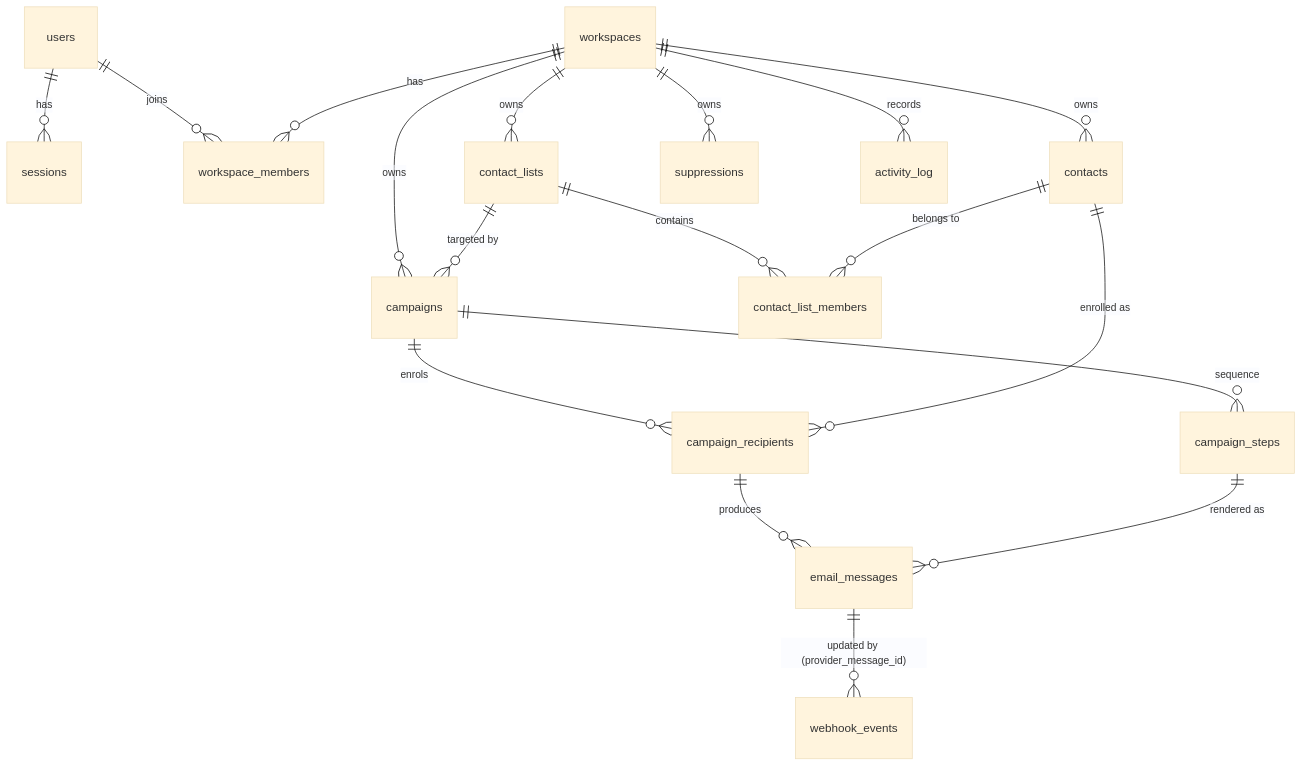
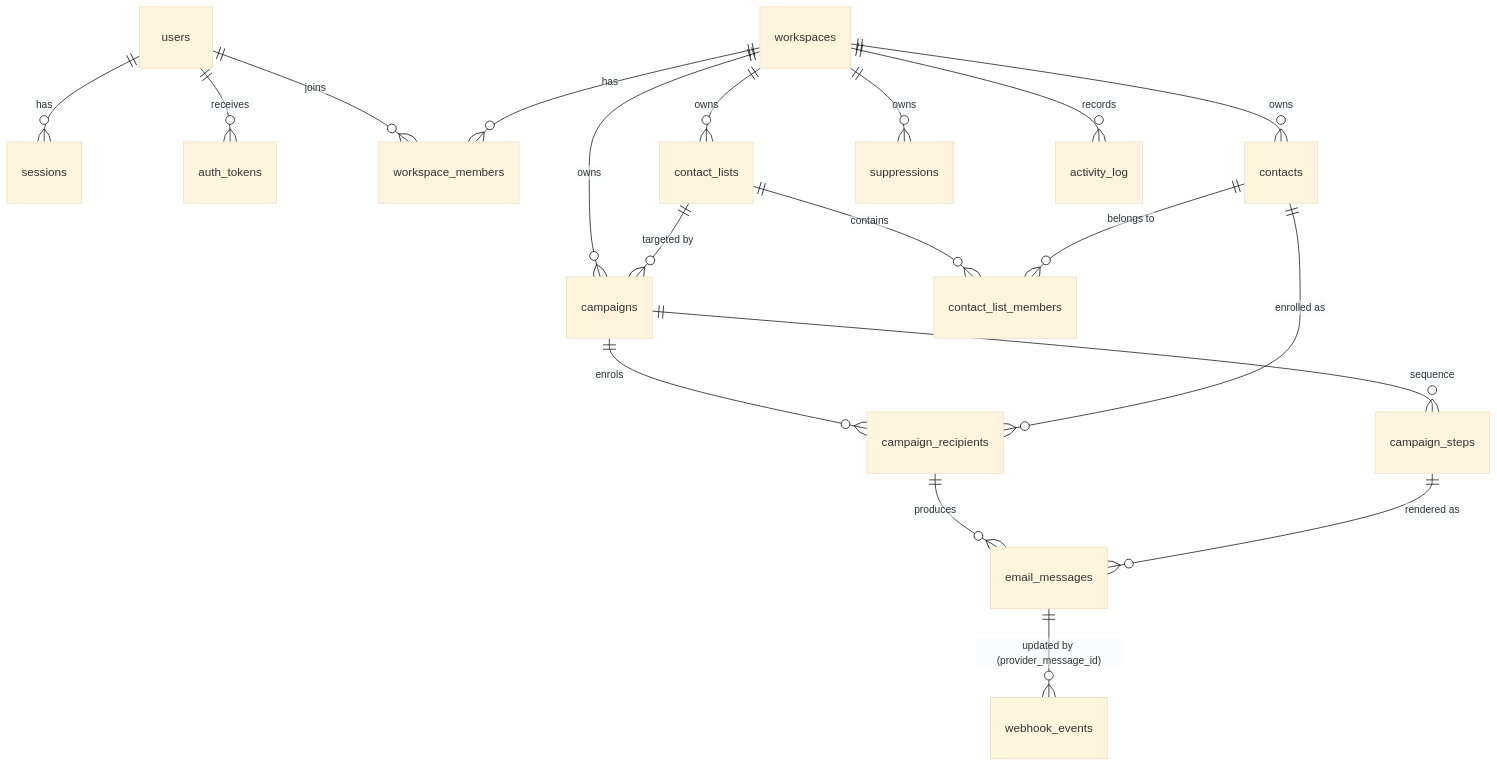
The diagram in docs/DATABASE_DESIGN.md (Ayush-o1/Cadentra), drawn with Mermaid (base theme) before and after one commit. The commit also changed other lines of this file and 17 other files, not shown here.

````diff
--- a/docs/DATABASE_DESIGN.md
+++ b/docs/DATABASE_DESIGN.md
@@ -35,20 +36,21 @@
 ```mermaid
 erDiagram
   users ||--o{ sessions : has
+  users ||--o{ auth_tokens : receives
   users ||--o{ workspace_members : joins
   workspaces ||--o{ workspace_members : has
   workspaces ||--o{ contacts : owns
   workspaces ||--o{ contact_lists : owns
   workspaces ||--o{ suppressions : owns
   workspaces ||--o{ campaigns : owns
   workspaces ||--o{ activity_log : records
   contact_lists ||--o{ contact_list_members : contains
   contacts ||--o{ contact_list_members : "belongs to"
   contact_lists ||--o{ campaigns : "targeted by"
   campaigns ||--o{ campaign_steps : sequence
   campaigns ||--o{ campaign_recipients : enrols
   contacts ||--o{ campaign_recipients : "enrolled as"
   campaign_recipients ||--o{ email_messages : produces
   campaign_steps ||--o{ email_messages : "rendered as"
   email_messages ||--o{ webhook_events : "updated by (provider_message_id)"
 ```
````
